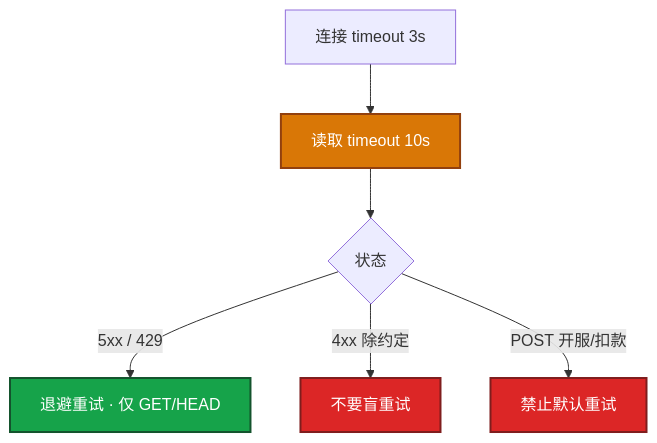
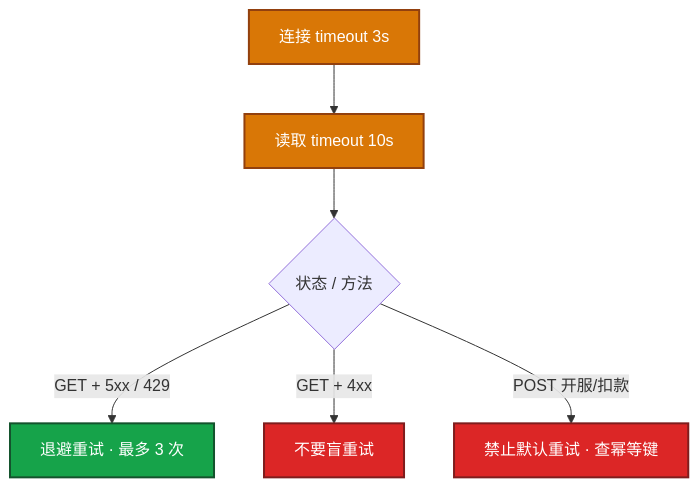
The second of 5 diagrams in 06-开发能力/02-Python运维/知识点.md (ml-cuizijun/LearnToLilith), drawn with Mermaid before and after one commit. The commit also changed other lines of this file and 213 other files, not shown here.

````diff
--- a/06-开发能力/02-Python运维/知识点.md
+++ b/06-开发能力/02-Python运维/知识点.md
@@ -182,15 +321,15 @@
 ```mermaid
 flowchart TB
     A[连接 timeout 3s] --> B[读取 timeout 10s]
-    B --> C{状态}
-    C -->|5xx / 429| D[退避重试 · 仅 GET/HEAD]
-    C -->|4xx 除约定| E[不要盲重试]
-    C -->|POST 开服/扣款| F[禁止默认重试]
+    B --> C{状态 / 方法}
+    C -->|GET + 5xx / 429| D[退避重试 · 最多 3 次]
+    C -->|GET + 4xx| E[不要盲重试]
+    C -->|POST 开服/扣款| F[禁止默认重试 · 查幂等键]
 
     classDef ok fill:#16A34A,stroke:#14532D,stroke-width:2px,color:#fff
     classDef bad fill:#DC2626,stroke:#7F1D1D,stroke-width:2px,color:#fff
     classDef warn fill:#D97706,stroke:#92400E,stroke-width:2px,color:#fff
     class D ok
     class E,F bad
-    class B warn
+    class A,B warn
 ```
````
